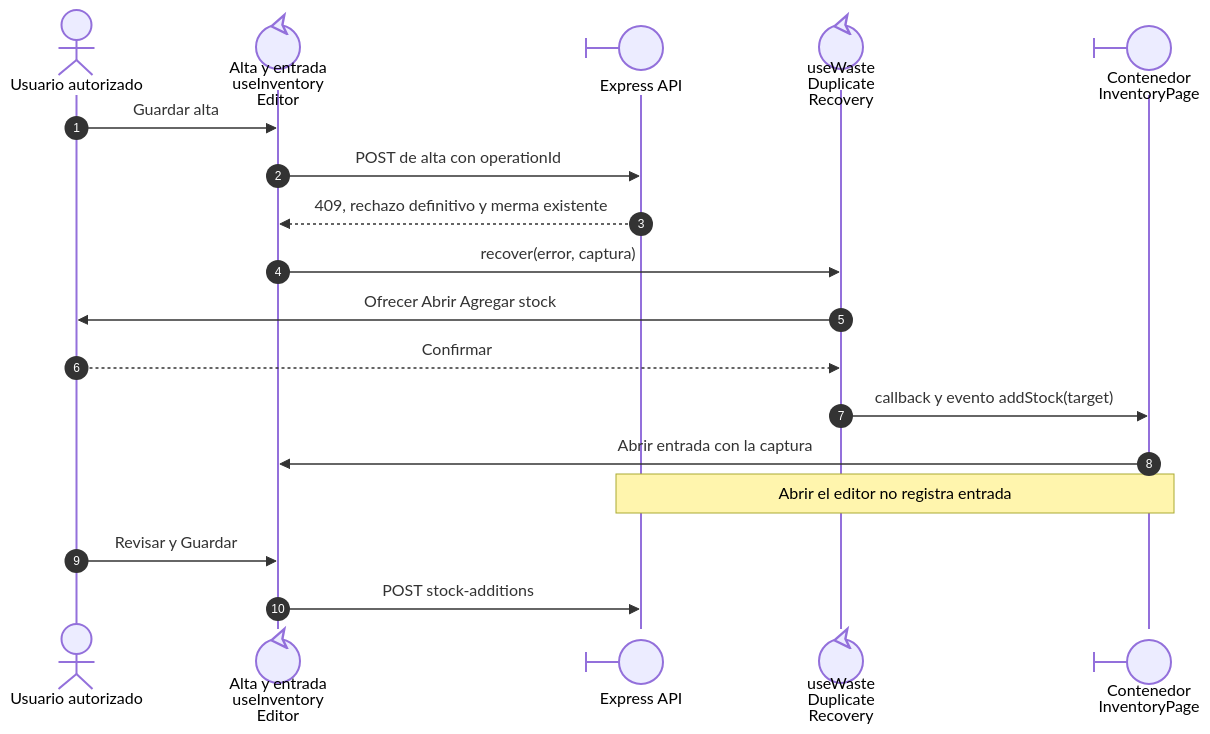
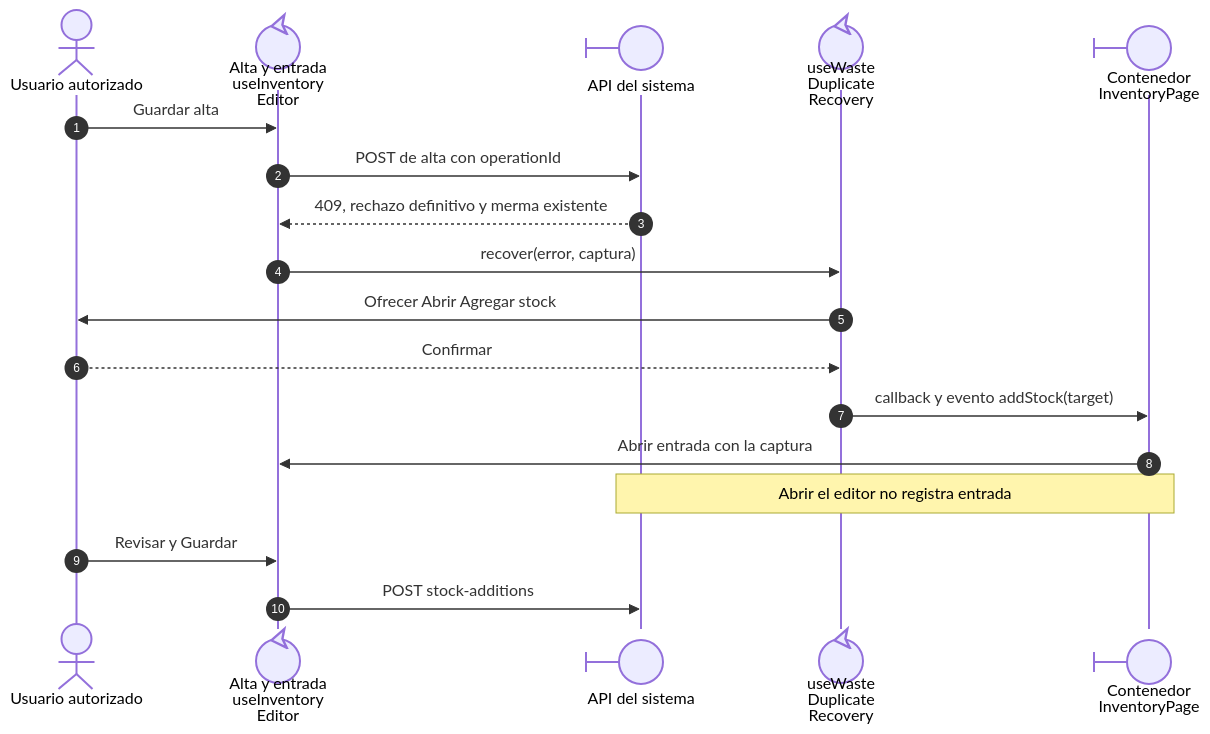
The third of 5 diagrams in front/docs/architecture/views/development/design-and-construction-patterns/03-composables-and-callbacks.md (gpgsistemas01/nexus), drawn with Mermaid before and after one commit. The commit also changed other lines of this file and 37 other files, not shown here.

Commit message:
docs: depurar diagramas y conservar contratos propios del frontend

````diff
--- a/front/docs/architecture/views/development/design-and-construction-patterns/03-composables-and-callbacks.md
+++ b/front/docs/architecture/views/development/design-and-construction-patterns/03-composables-and-callbacks.md
@@ -86,20 +86,20 @@
 ```mermaid
 sequenceDiagram
     autonumber
     actor U as Usuario autorizado
     participant E@{ "type": "control" } as Alta y entrada<br/>useInventory<br/>Editor
-    participant A@{ "type": "boundary" } as Express API
+    participant A@{ "type": "boundary" } as API del sistema
     participant R@{ "type": "control" } as useWaste<br/>Duplicate<br/>Recovery
     participant P@{ "type": "boundary" } as Contenedor<br/>InventoryPage
     U->>E: Guardar alta
     E->>A: POST de alta con operationId
     A-->>E: 409, rechazo definitivo y merma existente
     E->>R: recover(error, captura)
     R->>U: Ofrecer Abrir Agregar stock
     U-->>R: Confirmar
     R->>P: callback y evento addStock(target)
     P->>E: Abrir entrada con la captura
     Note over P,A: Abrir el editor no registra entrada
     U->>E: Revisar y Guardar
     E->>A: POST stock-additions
 ```
````
